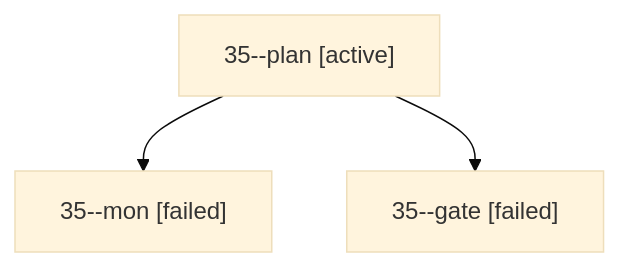
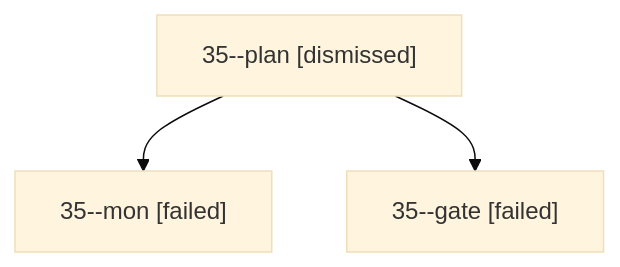
Before and after one commit to bobs-org/bob-cli--agents: the diagram in sessions/bbugyi200.apollo.35.md, drawn with Mermaid (base theme). The commit also changed other lines of this file and 31 other files, not shown here.

````diff
--- a/sessions/bbugyi200.apollo.35.md
+++ b/sessions/bbugyi200.apollo.35.md
@@ -9,8 +9,8 @@
 ```mermaid
 flowchart TD
-  n0["35--plan [active]"]
+  n0["35--plan [dismissed]"]
   n1["35--mon [failed]"]
   n0 --> n1
   n2["35--gate [failed]"]
   n0 --> n2
 ```
````
